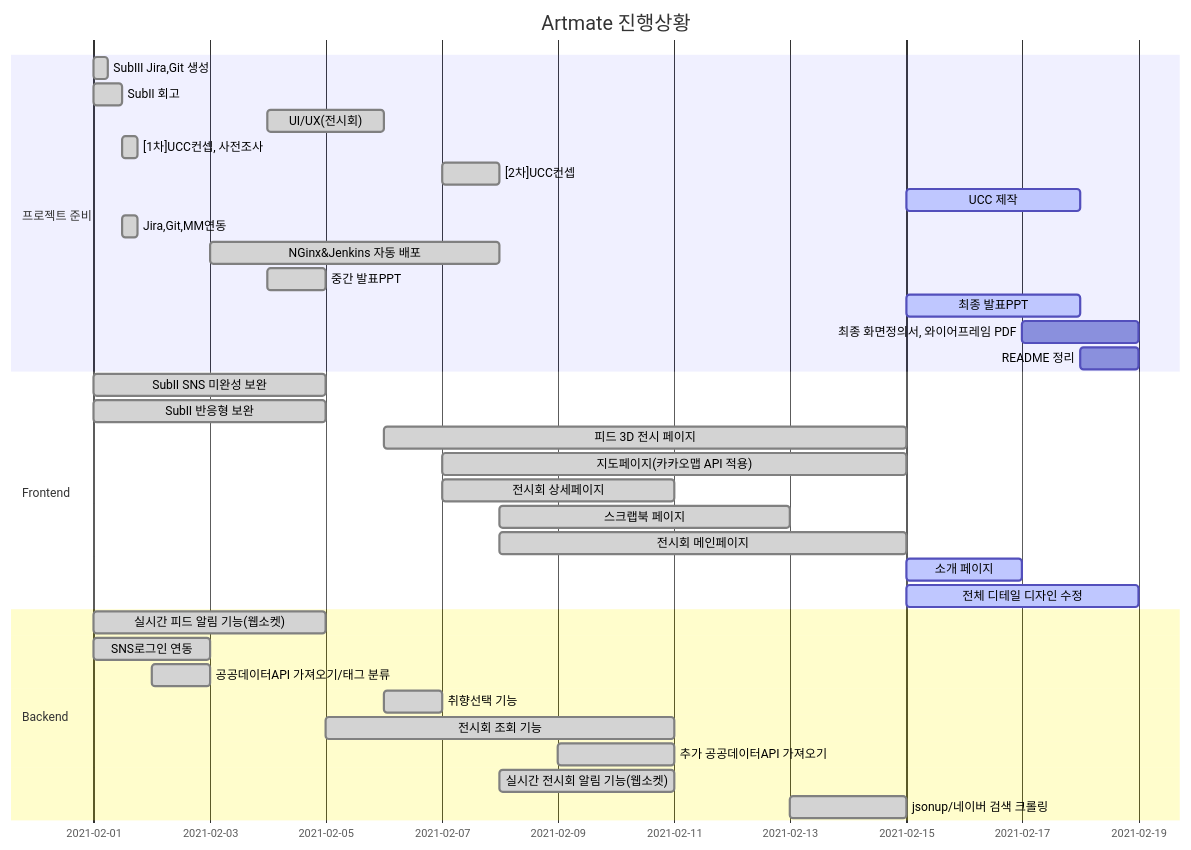
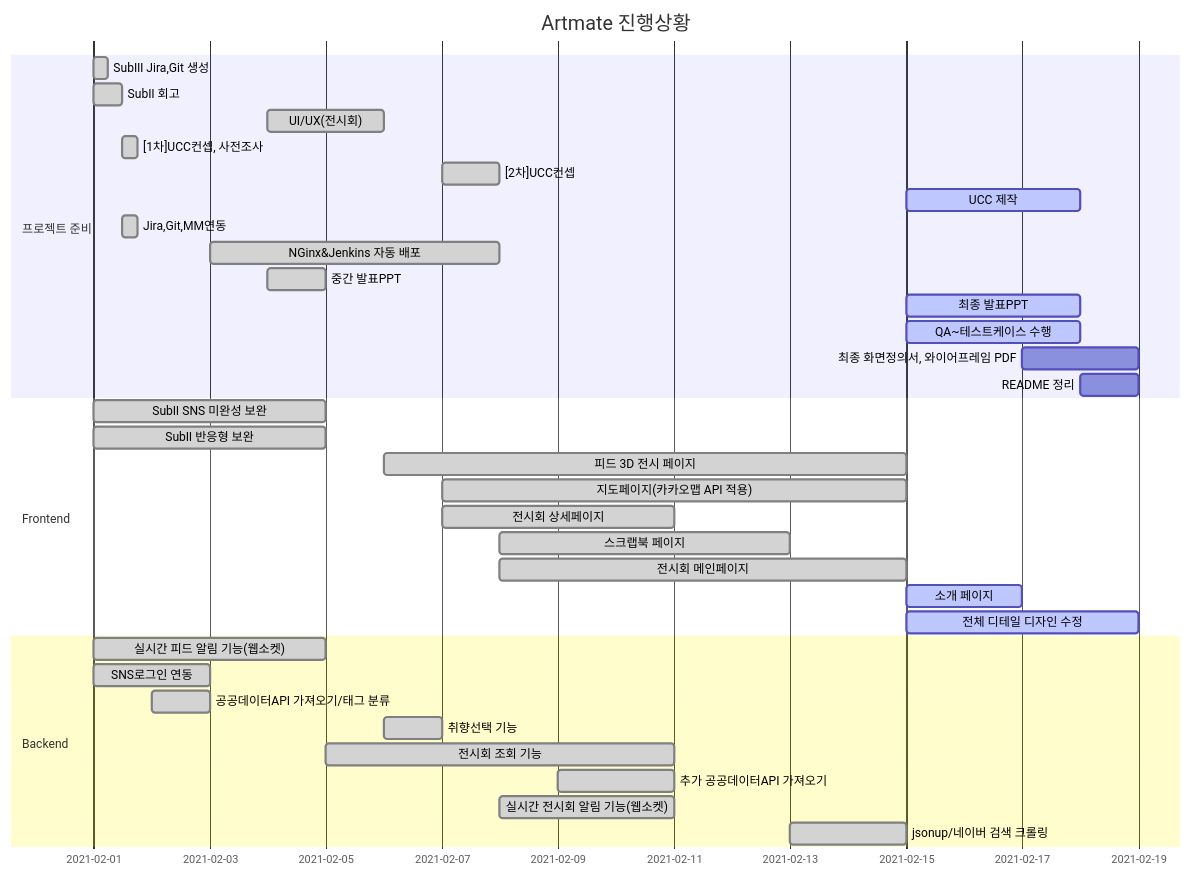
The diagram in README.md (dovvn/Artmate-PJT), drawn with Mermaid before and after one commit.

Commit message:
BE_0215: 오전 진행상황 업데이트

````diff
--- a/README.md
+++ b/README.md
@@ -21,43 +21,45 @@
 ```mermaid  
 gantt
     title Artmate 진행상황
     dateFormat  YYYY-MM-DD
     section 프로젝트 준비
     SubⅢ Jira,Git 생성  :done, 2021-02-01, 6h
     SubⅡ 회고          :done, p2,2021-02-01, 12h
     UI/UX(전시회)   :done,2021-02-04,2d
     [1차]UCC컨셉, 사전조사   :done,after p2,6h
     [2차]UCC컨셉   :done,2021-02-07,1d
     UCC 제작   :active,2021-02-15,3d
 
     Jira,Git,MM연동   :done,after p2,6h
     NGinx&Jenkins 자동 배포 :done, 2021-02-03,5d
     중간 발표PPT: done,2021-02-04,1d
     최종 발표PPT: active,2021-02-15,3d
+    QA~테스트케이스 수행: active,2021-02-15,3d
     최종 화면정의서, 와이어프레임 PDF: ,2021-02-17,2d
     README 정리: ,2021-02-18,1d
+    
     
     
 
     section Frontend
     SubⅡ SNS 미완성 보완          :done, 2021-02-01, 4d
     SubⅡ 반응형 보완          :done, 2021-02-01, 4d
     피드 3D 전시 페이지   :done,2021-02-06,9d
     지도페이지(카카오맵 API 적용):done,2021-02-07, 8d
     전시회 상세페이지   :done,2021-02-07,4d
     스크랩북 페이지   :done,2021-02-08,5d
     전시회 메인페이지 :done, 2021-02-08, 7d
     소개 페이지   :active,2021-02-15,2d
     전체 디테일 디자인 수정   :active,2021-02-15,4d
     
     
     section Backend
     실시간 피드 알림 기능(웹소켓)          :done, 2021-02-01, 4d
     SNS로그인 연동          :done, 2021-02-01, 2d
     공공데이터API 가져오기/태그 분류          :done, p1, 2021-02-02, 1d
     취향선택 기능:done,2021-02-06,1d
     전시회 조회 기능:done,2021-02-05,6d
     추가 공공데이터API 가져오기          :done, p1, 2021-02-09, 2d
     실시간 전시회 알림 기능(웹소켓)          :done, 2021-02-08, 3d
     jsonup/네이버 검색 크롤링     :done, 2021-02-13,2d
 ```
````
